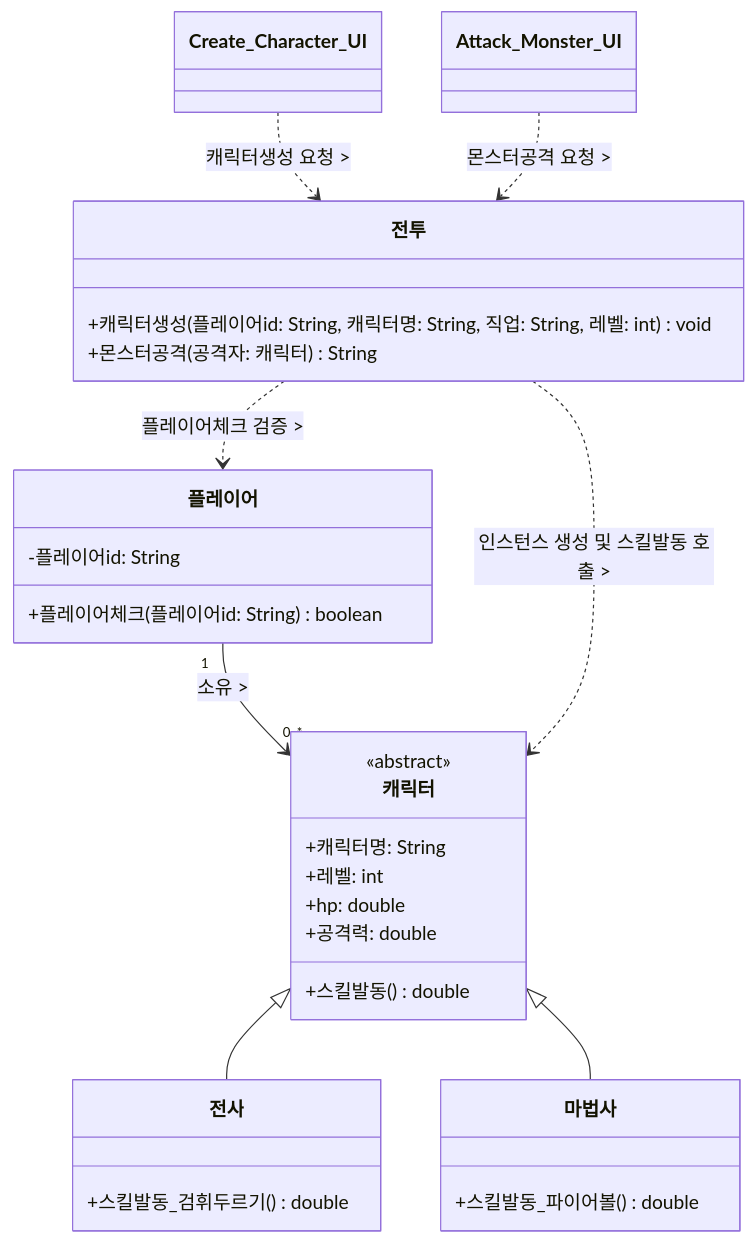
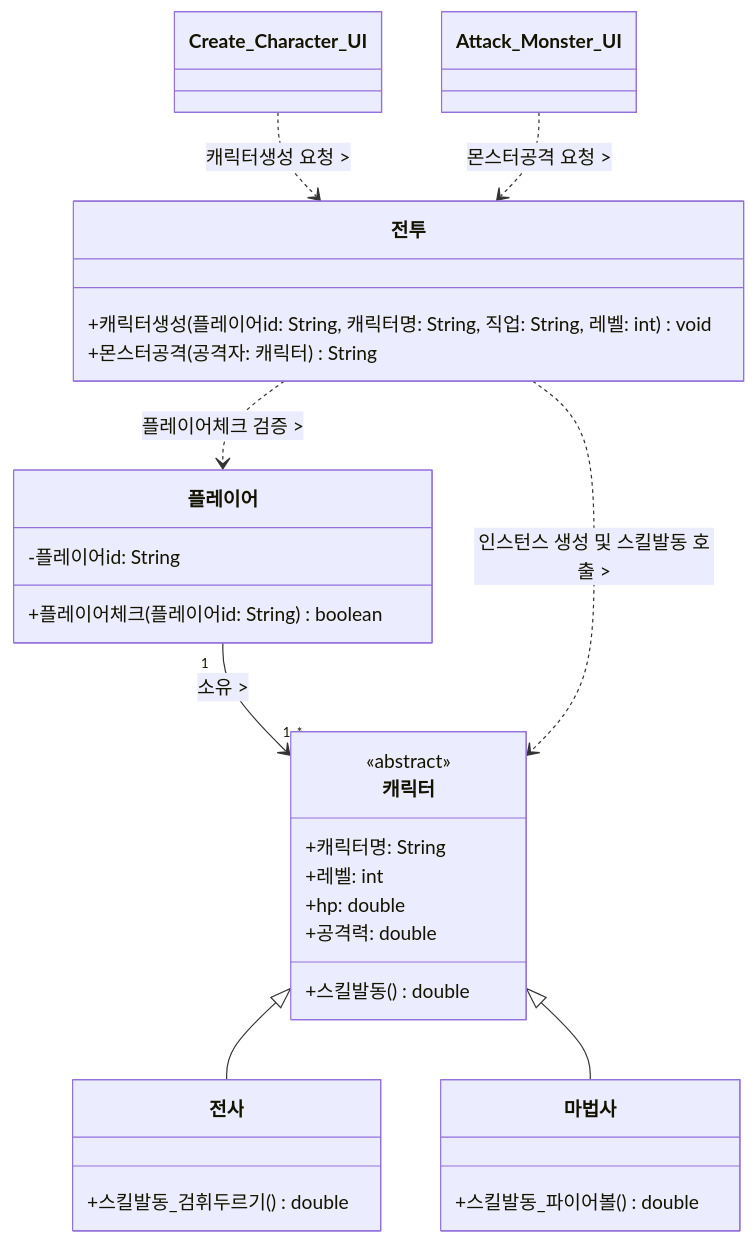
One commit to mezzunextdoor/DnF_Battle_B_03 changed the diagram in ClassDiagram.md. Above: the diagram before and after it, drawn with Mermaid.

````diff
--- a/ClassDiagram.md
+++ b/ClassDiagram.md
@@ -1,56 +1,56 @@
 ```mermaid
 classDiagram
     direction ISO
 
     %% UI Boundary Classes
     class Create_Character_UI {
 
     }
 
     class Attack_Monster_UI {
 
     }
 
     %% Control Class (요구사항 반영: 행위로 캐릭터생성, 몬스터공격 포함)
     class 전투 {
         +캐릭터생성(플레이어id: String, 캐릭터명: String, 직업: String, 레벨: int) void
         +몬스터공격(공격자: 캐릭터) String
     }
 
     %% Domain Classes
     class 플레이어 {
         -플레이어id: String
         +플레이어체크(플레이어id: String) boolean
     }
 
     class 캐릭터 {
         <<abstract>>
         +캐릭터명: String
         +레벨: int
         +hp: double
         +공격력: double
         +스킬발동() double
     }
 
     class 전사 {
         +스킬발동_검휘두르기() double
     }
 
     class 마법사 {
         +스킬발동_파이어볼() double
     }
 
     %% Relationships
     %% 1. 상속 및 소유 관계
     캐릭터 <|-- 전사
     캐릭터 <|-- 마법사
-    플레이어 "1" --> "0..*" 캐릭터 : 소유 >
+    플레이어 "1" --> "1..*" 캐릭터 : 소유 >
 
     %% 2. UI와 전투 클래스의 상호작용
     Create_Character_UI ..> 전투 : 캐릭터생성 요청 >
     Attack_Monster_UI ..> 전투 : 몬스터공격 요청 >
 
     %% 3. 전투 클래스의 비즈니스 로직 처리 (include 및 연산 수반)
     전투 ..> 플레이어 : 플레이어체크 검증 >
     전투 ..> 캐릭터 : 인스턴스 생성 및 스킬발동 호출 >
 ```
````
